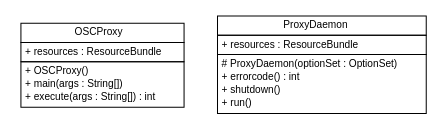
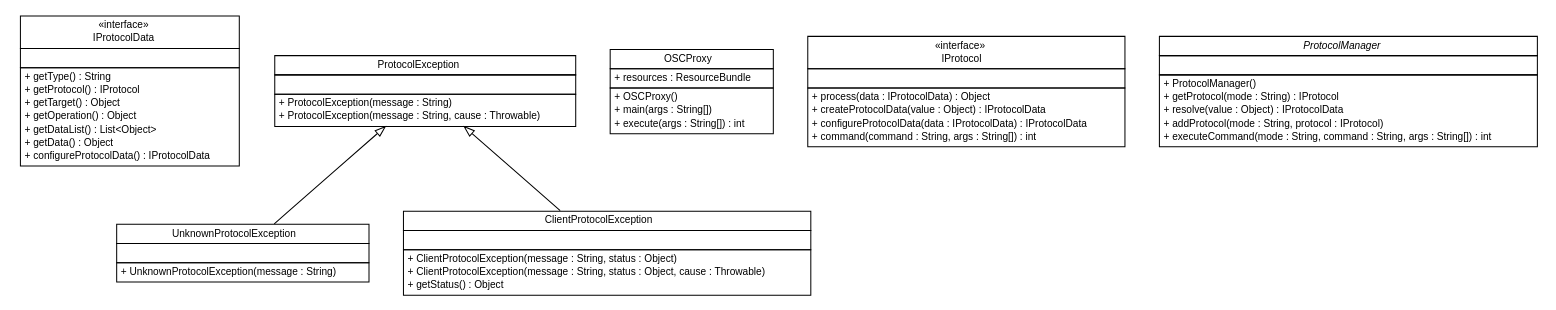
Before and after one commit to pcross616/lf-osc-proxy: the diagram in apidocs/com/xley/lfosc/com.xley.lfosc.dot, drawn with Graphviz. The commit also changed 542 other files, not shown here.

```diff
--- a/apidocs/com/xley/lfosc/com.xley.lfosc.dot
+++ b/apidocs/com/xley/lfosc/com.xley.lfosc.dot
@@ -1,41 +1,120 @@
 #!/usr/local/bin/dot
 #
 # Class diagram 
 # Generated by UMLGraph version R5_6 (http://www.umlgraph.org/)
 #
 
 digraph G {
 	edge [fontname="Helvetica",fontsize=10,labelfontname="Helvetica",labelfontsize=10];
 	node [fontname="Helvetica",fontsize=10,shape=plaintext];
 	nodesep=0.25;
 	ranksep=0.5;
+	// com.xley.lfosc.IProtocolData
+	c0 [label=<<table title="com.xley.lfosc.IProtocolData" border="0" cellborder="1" cellspacing="0" cellpadding="2" port="p" href="./IProtocolData.html">
+		<tr><td><table border="0" cellspacing="0" cellpadding="1">
+<tr><td align="center" balign="center"> &#171;interface&#187; </td></tr>
+<tr><td align="center" balign="center"> IProtocolData </td></tr>
+		</table></td></tr>
+		<tr><td><table border="0" cellspacing="0" cellpadding="1">
+<tr><td align="left" balign="left">  </td></tr>
+		</table></td></tr>
+		<tr><td><table border="0" cellspacing="0" cellpadding="1">
+<tr><td align="left" balign="left"> + getType() : String </td></tr>
+<tr><td align="left" balign="left"> + getProtocol() : IProtocol </td></tr>
+<tr><td align="left" balign="left"> + getTarget() : Object </td></tr>
+<tr><td align="left" balign="left"> + getOperation() : Object </td></tr>
+<tr><td align="left" balign="left"> + getDataList() : List&lt;Object&gt; </td></tr>
+<tr><td align="left" balign="left"> + getData() : Object </td></tr>
+<tr><td align="left" balign="left"> + configureProtocolData() : IProtocolData </td></tr>
+		</table></td></tr>
+		</table>>, URL="./IProtocolData.html", fontname="Helvetica", fontcolor="black", fontsize=10.0];
+	// com.xley.lfosc.UnknownProtocolException
+	c1 [label=<<table title="com.xley.lfosc.UnknownProtocolException" border="0" cellborder="1" cellspacing="0" cellpadding="2" port="p" href="./UnknownProtocolException.html">
+		<tr><td><table border="0" cellspacing="0" cellpadding="1">
+<tr><td align="center" balign="center"> UnknownProtocolException </td></tr>
+		</table></td></tr>
+		<tr><td><table border="0" cellspacing="0" cellpadding="1">
+<tr><td align="left" balign="left">  </td></tr>
+		</table></td></tr>
+		<tr><td><table border="0" cellspacing="0" cellpadding="1">
+<tr><td align="left" balign="left"> + UnknownProtocolException(message : String) </td></tr>
+		</table></td></tr>
+		</table>>, URL="./UnknownProtocolException.html", fontname="Helvetica", fontcolor="black", fontsize=10.0];
+	// com.xley.lfosc.ClientProtocolException
+	c2 [label=<<table title="com.xley.lfosc.ClientProtocolException" border="0" cellborder="1" cellspacing="0" cellpadding="2" port="p" href="./ClientProtocolException.html">
+		<tr><td><table border="0" cellspacing="0" cellpadding="1">
+<tr><td align="center" balign="center"> ClientProtocolException </td></tr>
+		</table></td></tr>
+		<tr><td><table border="0" cellspacing="0" cellpadding="1">
+<tr><td align="left" balign="left">  </td></tr>
+		</table></td></tr>
+		<tr><td><table border="0" cellspacing="0" cellpadding="1">
+<tr><td align="left" balign="left"> + ClientProtocolException(message : String, status : Object) </td></tr>
+<tr><td align="left" balign="left"> + ClientProtocolException(message : String, status : Object, cause : Throwable) </td></tr>
+<tr><td align="left" balign="left"> + getStatus() : Object </td></tr>
+		</table></td></tr>
+		</table>>, URL="./ClientProtocolException.html", fontname="Helvetica", fontcolor="black", fontsize=10.0];
 	// com.xley.lfosc.OSCProxy
-	c0 [label=<<table title="com.xley.lfosc.OSCProxy" border="0" cellborder="1" cellspacing="0" cellpadding="2" port="p" href="./OSCProxy.html">
+	c3 [label=<<table title="com.xley.lfosc.OSCProxy" border="0" cellborder="1" cellspacing="0" cellpadding="2" port="p" href="./OSCProxy.html">
 		<tr><td><table border="0" cellspacing="0" cellpadding="1">
 <tr><td align="center" balign="center"> OSCProxy </td></tr>
 		</table></td></tr>
 		<tr><td><table border="0" cellspacing="0" cellpadding="1">
 <tr><td align="left" balign="left"> + resources : ResourceBundle </td></tr>
 		</table></td></tr>
 		<tr><td><table border="0" cellspacing="0" cellpadding="1">
 <tr><td align="left" balign="left"> + OSCProxy() </td></tr>
 <tr><td align="left" balign="left"> + main(args : String[]) </td></tr>
 <tr><td align="left" balign="left"> + execute(args : String[]) : int </td></tr>
 		</table></td></tr>
 		</table>>, URL="./OSCProxy.html", fontname="Helvetica", fontcolor="black", fontsize=10.0];
-	// com.xley.lfosc.ProxyDaemon
-	c1 [label=<<table title="com.xley.lfosc.ProxyDaemon" border="0" cellborder="1" cellspacing="0" cellpadding="2" port="p" href="./ProxyDaemon.html">
+	// com.xley.lfosc.ProtocolException
+	c4 [label=<<table title="com.xley.lfosc.ProtocolException" border="0" cellborder="1" cellspacing="0" cellpadding="2" port="p" href="./ProtocolException.html">
 		<tr><td><table border="0" cellspacing="0" cellpadding="1">
-<tr><td align="center" balign="center"> ProxyDaemon </td></tr>
+<tr><td align="center" balign="center"> ProtocolException </td></tr>
 		</table></td></tr>
 		<tr><td><table border="0" cellspacing="0" cellpadding="1">
-<tr><td align="left" balign="left"> + resources : ResourceBundle </td></tr>
+<tr><td align="left" balign="left">  </td></tr>
 		</table></td></tr>
 		<tr><td><table border="0" cellspacing="0" cellpadding="1">
-<tr><td align="left" balign="left"> # ProxyDaemon(optionSet : OptionSet) </td></tr>
-<tr><td align="left" balign="left"> + errorcode() : int </td></tr>
-<tr><td align="left" balign="left"> + shutdown() </td></tr>
-<tr><td align="left" balign="left"> + run() </td></tr>
+<tr><td align="left" balign="left"> + ProtocolException(message : String) </td></tr>
+<tr><td align="left" balign="left"> + ProtocolException(message : String, cause : Throwable) </td></tr>
 		</table></td></tr>
-		</table>>, URL="./ProxyDaemon.html", fontname="Helvetica", fontcolor="black", fontsize=10.0];
+		</table>>, URL="./ProtocolException.html", fontname="Helvetica", fontcolor="black", fontsize=10.0];
+	// com.xley.lfosc.IProtocol
+	c5 [label=<<table title="com.xley.lfosc.IProtocol" border="0" cellborder="1" cellspacing="0" cellpadding="2" port="p" href="./IProtocol.html">
+		<tr><td><table border="0" cellspacing="0" cellpadding="1">
+<tr><td align="center" balign="center"> &#171;interface&#187; </td></tr>
+<tr><td align="center" balign="center"> IProtocol </td></tr>
+		</table></td></tr>
+		<tr><td><table border="0" cellspacing="0" cellpadding="1">
+<tr><td align="left" balign="left">  </td></tr>
+		</table></td></tr>
+		<tr><td><table border="0" cellspacing="0" cellpadding="1">
+<tr><td align="left" balign="left"> + process(data : IProtocolData) : Object </td></tr>
+<tr><td align="left" balign="left"> + createProtocolData(value : Object) : IProtocolData </td></tr>
+<tr><td align="left" balign="left"> + configureProtocolData(data : IProtocolData) : IProtocolData </td></tr>
+<tr><td align="left" balign="left"> + command(command : String, args : String[]) : int </td></tr>
+		</table></td></tr>
+		</table>>, URL="./IProtocol.html", fontname="Helvetica", fontcolor="black", fontsize=10.0];
+	// com.xley.lfosc.ProtocolManager
+	c6 [label=<<table title="com.xley.lfosc.ProtocolManager" border="0" cellborder="1" cellspacing="0" cellpadding="2" port="p" href="./ProtocolManager.html">
+		<tr><td><table border="0" cellspacing="0" cellpadding="1">
+<tr><td align="center" balign="center"><font face="Helvetica-Oblique"> ProtocolManager </font></td></tr>
+		</table></td></tr>
+		<tr><td><table border="0" cellspacing="0" cellpadding="1">
+<tr><td align="left" balign="left">  </td></tr>
+		</table></td></tr>
+		<tr><td><table border="0" cellspacing="0" cellpadding="1">
+<tr><td align="left" balign="left"> + ProtocolManager() </td></tr>
+<tr><td align="left" balign="left"> + getProtocol(mode : String) : IProtocol </td></tr>
+<tr><td align="left" balign="left"> + resolve(value : Object) : IProtocolData </td></tr>
+<tr><td align="left" balign="left"> + addProtocol(mode : String, protocol : IProtocol) </td></tr>
+<tr><td align="left" balign="left"> + executeCommand(mode : String, command : String, args : String[]) : int </td></tr>
+		</table></td></tr>
+		</table>>, URL="./ProtocolManager.html", fontname="Helvetica", fontcolor="black", fontsize=10.0];
+	//com.xley.lfosc.UnknownProtocolException extends com.xley.lfosc.ProtocolException
+	c4:p -> c1:p [dir=back,arrowtail=empty];
+	//com.xley.lfosc.ClientProtocolException extends com.xley.lfosc.ProtocolException
+	c4:p -> c2:p [dir=back,arrowtail=empty];
 }
```
